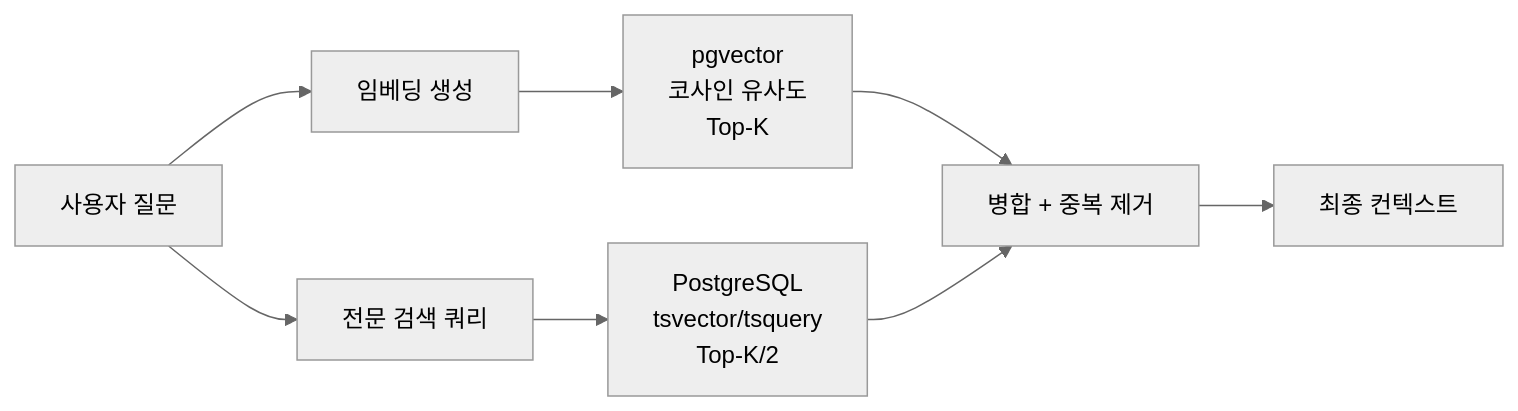
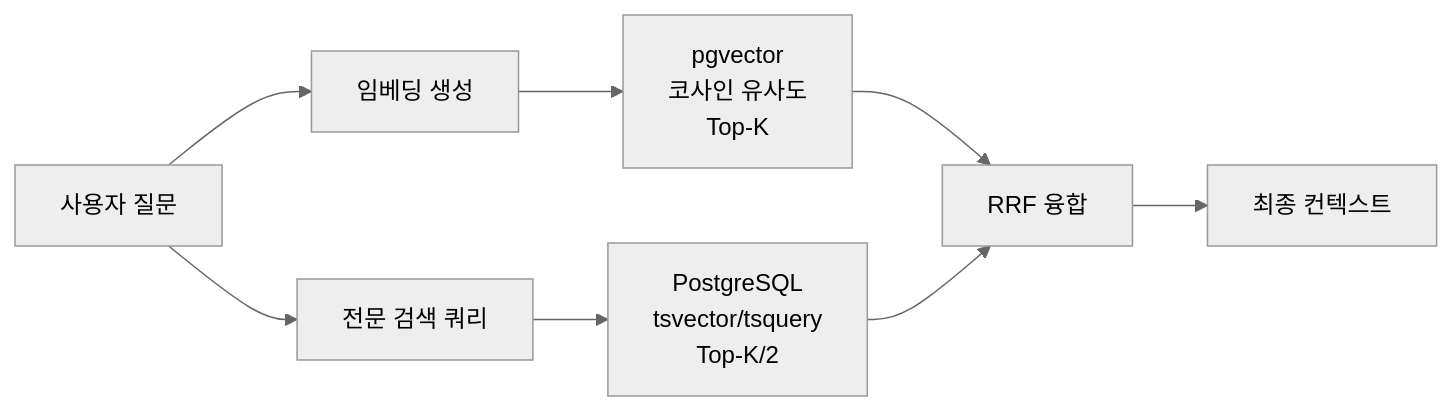
One commit to tkim602/BuzzBot-backend changed the fourth of 4 diagrams in docs/STUDY_GUIDE_KO.md. Above: the diagram before and after it, drawn with Mermaid (neutral theme). The commit also changed other lines of this file and 30 other files, not shown here.

````diff
--- a/docs/STUDY_GUIDE_KO.md
+++ b/docs/STUDY_GUIDE_KO.md
@@ -289,13 +289,13 @@
 ```mermaid
 graph LR
     Query[사용자 질문] --> Embed[임베딩 생성]
     Query --> FTS[전문 검색 쿼리]
 
     Embed --> Vector[pgvector<br/>코사인 유사도<br/>Top-K]
     FTS --> TextSearch[PostgreSQL<br/>tsvector/tsquery<br/>Top-K/2]
 
-    Vector --> Merge[병합 + 중복 제거]
+    Vector --> Merge[RRF 융합]
     TextSearch --> Merge
 
     Merge --> Context[최종 컨텍스트]
 ```
````
